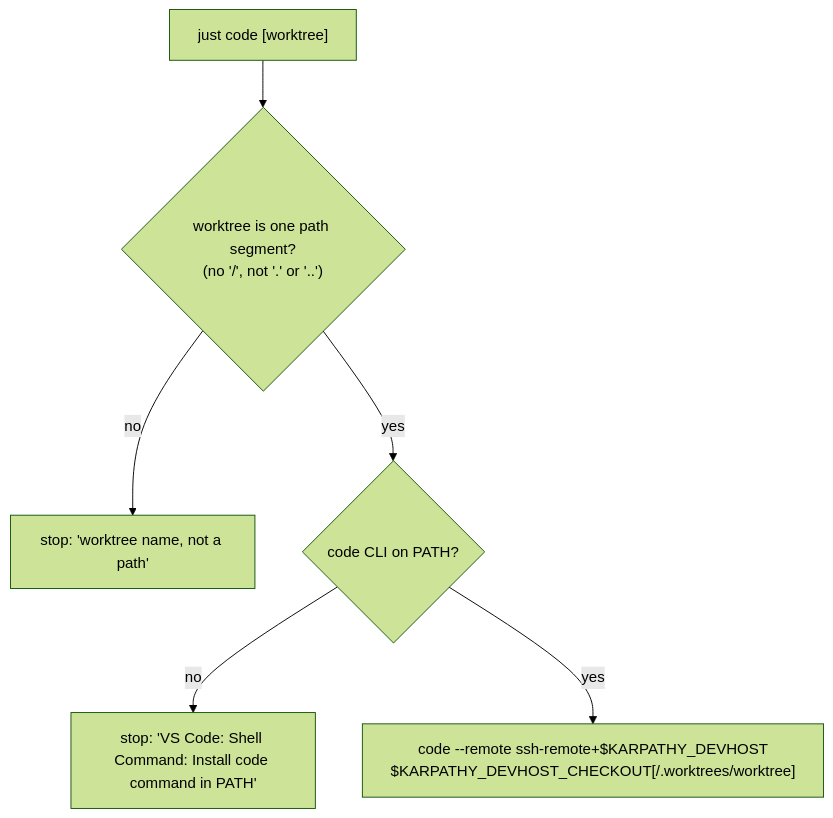
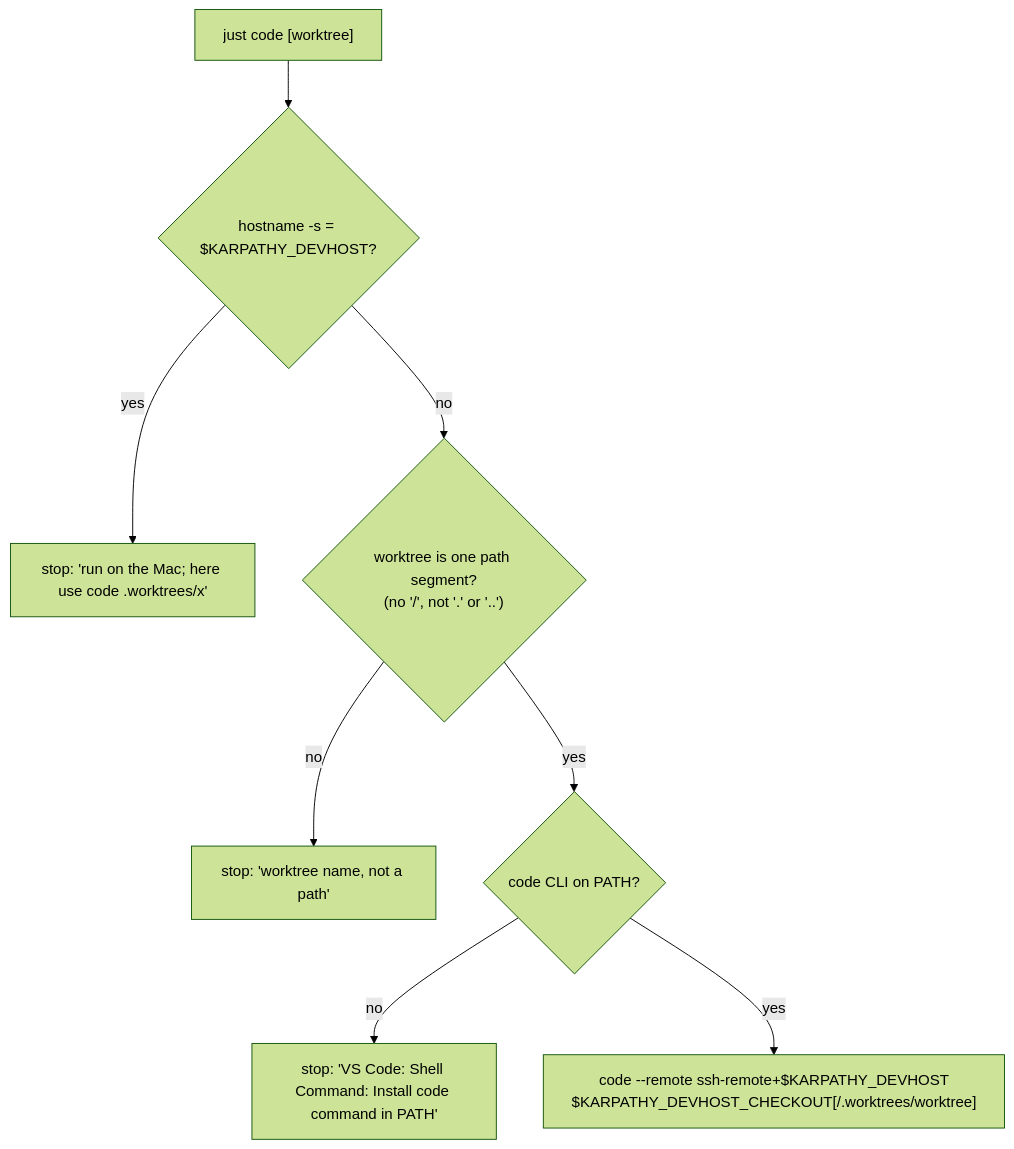
One commit to tillg/karpathy.app changed the first of 2 diagrams in specs/changes/remote-editing/architecture.md. Above: the diagram before and after it, drawn with Mermaid (forest theme). The commit also changed other lines of this file and 15 other files, not shown here.

First line of the commit message:
remote-editing: VS Code Remote-SSH from the Mac to karpathy-dev (steps 1-4)

````diff
--- a/specs/changes/remote-editing/architecture.md
+++ b/specs/changes/remote-editing/architecture.md
@@ -64,8 +69,10 @@
 ```mermaid
 flowchart TD
-  A["just code [worktree]"] --> B{"worktree is one path segment?<br/>(no '/', not '.' or '..')"}
+  A["just code [worktree]"] --> H{"hostname -s = $KARPATHY_DEVHOST?"}
+  H -- yes --> E0["stop: 'run on the Mac; here use code .worktrees/x'"]
+  H -- no --> B{"worktree is one path segment?<br/>(no '/', not '.' or '..')"}
   B -- no --> E1["stop: 'worktree name, not a path'"]
   B -- yes --> C{"code CLI on PATH?"}
   C -- no --> E2["stop: 'VS Code: Shell Command: Install code command in PATH'"]
   C -- yes --> D["code --remote ssh-remote+$KARPATHY_DEVHOST<br/>$KARPATHY_DEVHOST_CHECKOUT[/.worktrees/worktree]"]
 ```
````
